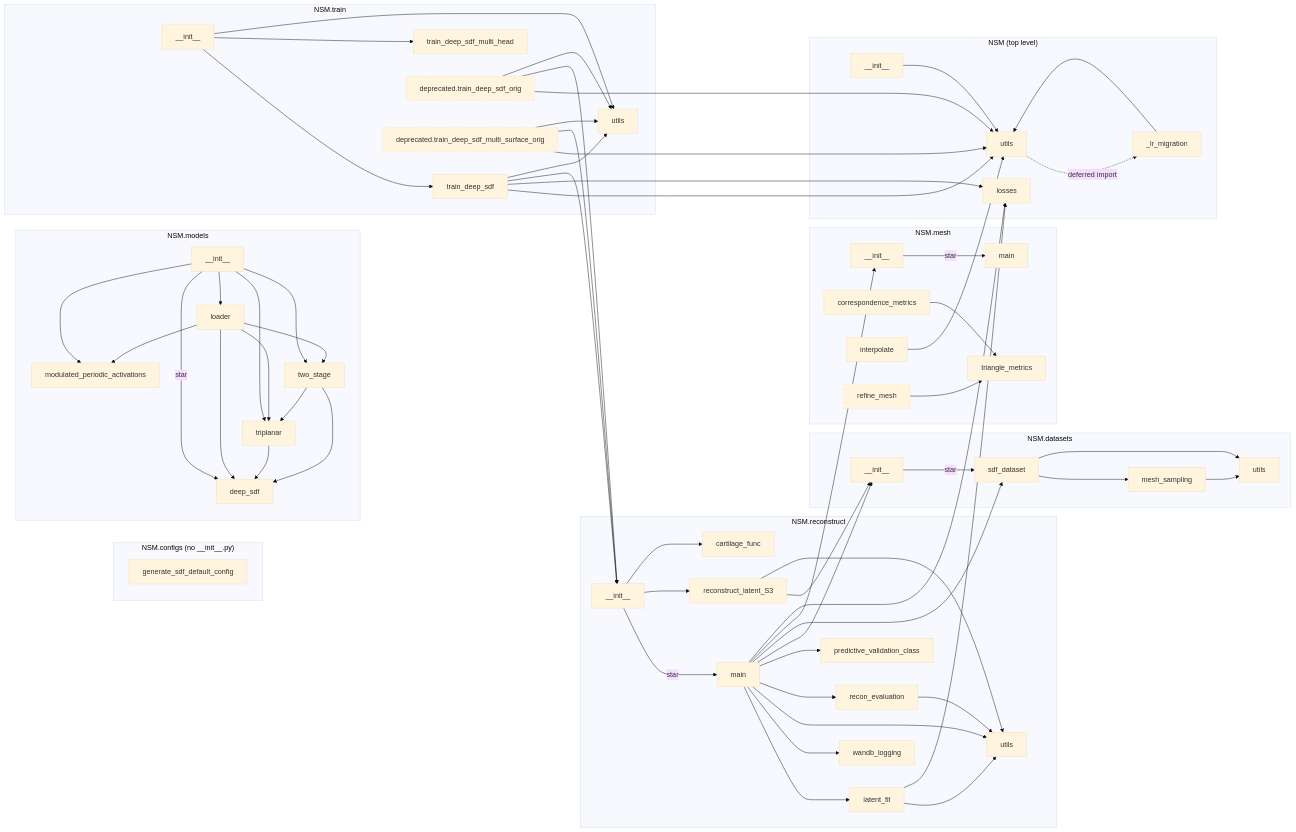
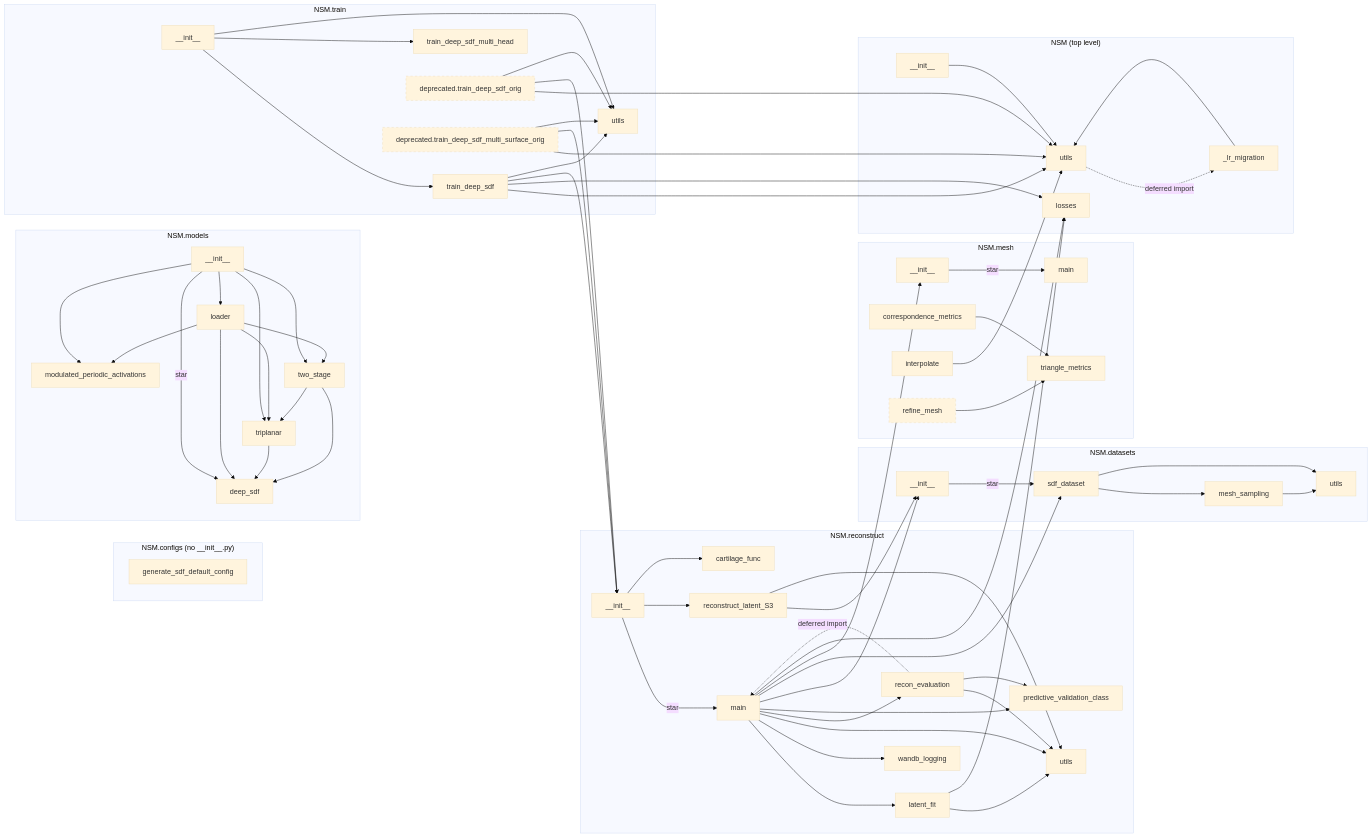
Before and after one commit to gattia/nsm: the diagram in docs/ARCHITECTURE.md, drawn with Mermaid (base theme). The commit also changed other lines of this file and 3 other files, not shown here.

```diff
--- a/docs/ARCHITECTURE.md
+++ b/docs/ARCHITECTURE.md
@@ -151,6 +151,8 @@
   RClat --> RCutils
   RClat --> Ulosses
   RCeval --> RCutils
+  RCeval --> RCpred
+  RCeval -.->|"deferred import"| RCmain
   RCs3 --> DSpkg
   RCs3 --> RCutils
 
```
